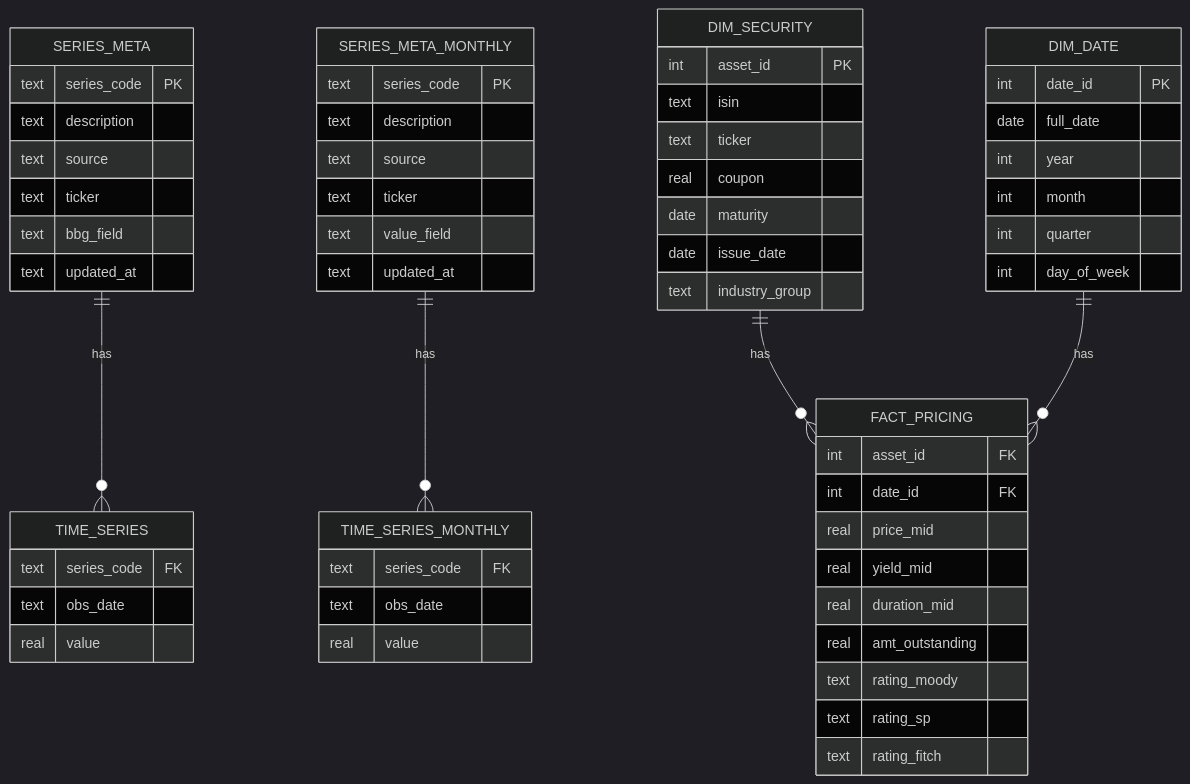
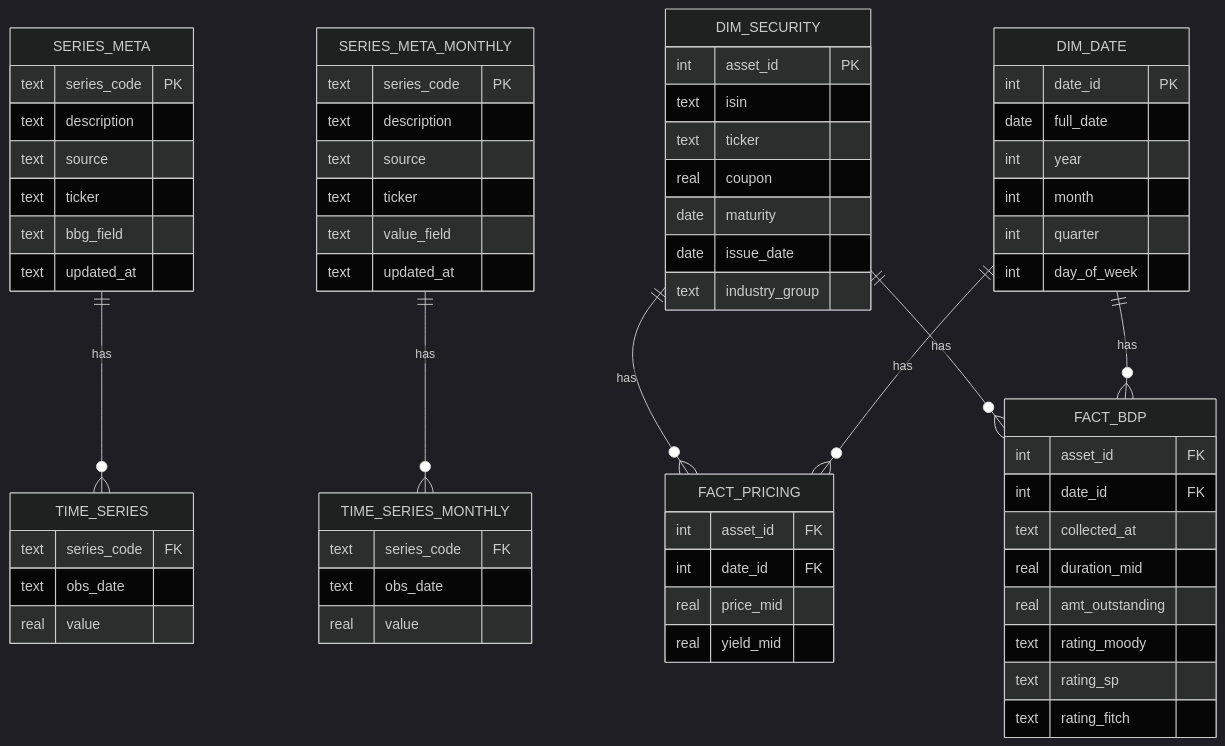
Before and after one commit to Bcp-Securities/Market-Update-Automation: the diagram in DOCUMENTACAO.md, drawn with Mermaid (dark theme). The commit also changed other lines of this file and 4 other files, not shown here.

````diff
--- a/DOCUMENTACAO.md
+++ b/DOCUMENTACAO.md
@@ -21,62 +21,69 @@
 ```mermaid
 erDiagram
 
 SERIES_META {
     text series_code PK
     text description
     text source
     text ticker
     text bbg_field
     text updated_at
 }
 TIME_SERIES {
     text series_code FK
     text obs_date
     real value
 }
 SERIES_META_MONTHLY {
     text series_code PK
     text description
     text source
     text ticker
     text value_field
     text updated_at
 }
 TIME_SERIES_MONTHLY {
     text series_code FK
     text obs_date
     real value
 }
 DIM_SECURITY {
     int asset_id PK
     text isin
     text ticker
     real coupon
     date maturity
     date issue_date
     text industry_group
 }
 DIM_DATE {
     int date_id PK
     date full_date
     int year
     int month
     int quarter
     int day_of_week
 }
 FACT_PRICING {
     int asset_id FK
     int date_id FK
     real price_mid
     real yield_mid
+}
+FACT_BDP {
+    int asset_id FK
+    int date_id FK
+    text collected_at
     real duration_mid
     real amt_outstanding
     text rating_moody
     text rating_sp
     text rating_fitch
 }
 SERIES_META ||--o{ TIME_SERIES : has
 SERIES_META_MONTHLY ||--o{ TIME_SERIES_MONTHLY : has
 DIM_SECURITY ||--o{ FACT_PRICING : has
+DIM_SECURITY ||--o{ FACT_BDP : has
 DIM_DATE ||--o{ FACT_PRICING : has
+DIM_DATE ||--o{ FACT_BDP : has
 ```
````
